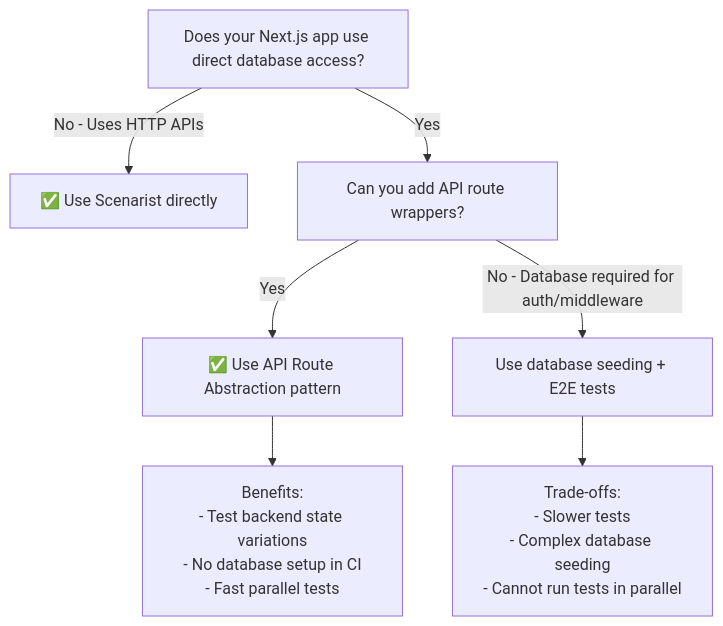
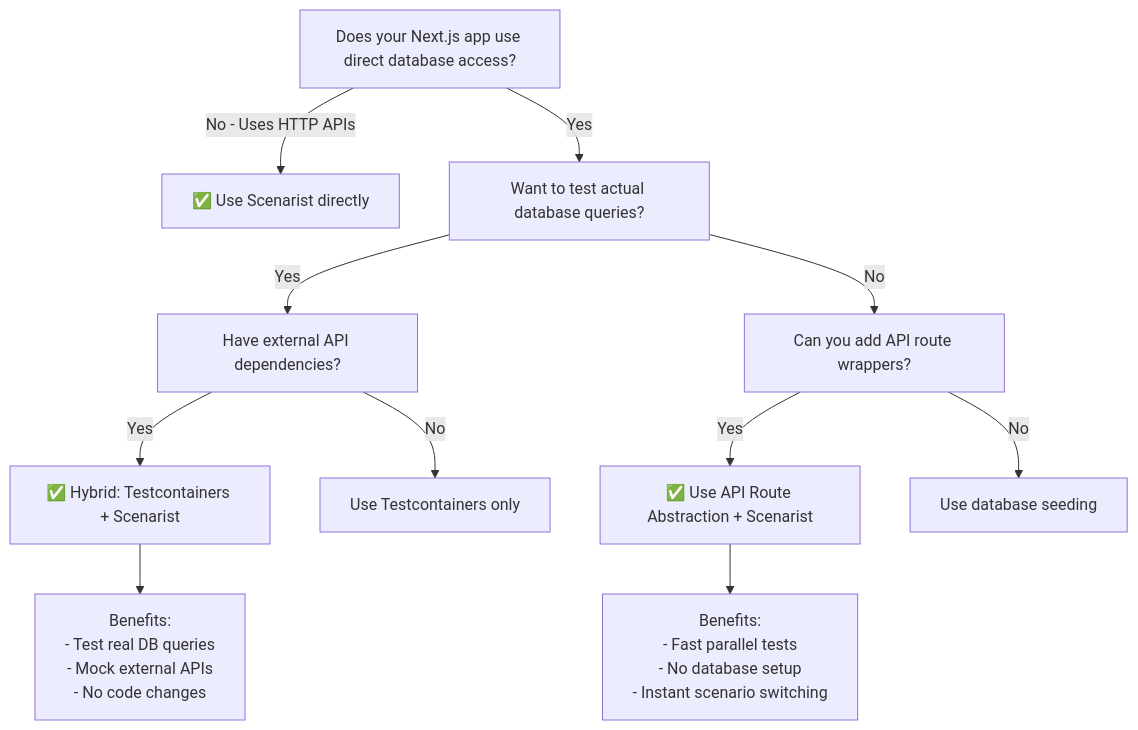
Before and after one commit to citypaul/scenarist: the diagram in apps/docs/src/content/docs/guides/testing-database-apps.mdx, drawn with Mermaid. The commit also changed other lines of this file and 1 other file, not shown here.

First line of the commit message:
docs: add hybrid testing approach (testcontainers + scenarist)

````diff
--- a/apps/docs/src/content/docs/guides/testing-database-apps.mdx
+++ b/apps/docs/src/content/docs/guides/testing-database-apps.mdx
@@ -171,10 +171,14 @@
 ```mermaid
 graph TD
     A[Does your Next.js app use direct database access?] -->|No - Uses HTTP APIs| B[✅ Use Scenarist directly]
-    A -->|Yes| C[Can you add API route wrappers?]
-    C -->|Yes| D[✅ Use API Route Abstraction pattern]
-    C -->|No - Database required for auth/middleware| E[Use database seeding + E2E tests]
+    A -->|Yes| C[Want to test actual database queries?]
+    C -->|Yes| D[Have external API dependencies?]
+    D -->|Yes| E[✅ Hybrid: Testcontainers + Scenarist]
+    D -->|No| F[Use Testcontainers only]
+    C -->|No| G[Can you add API route wrappers?]
+    G -->|Yes| H[✅ Use API Route Abstraction + Scenarist]
+    G -->|No| I[Use database seeding]
 
-    D --> F[Benefits:<br/>- Test backend state variations<br/>- No database setup in CI<br/>- Fast parallel tests]
-    E --> G[Trade-offs:<br/>- Slower tests<br/>- Complex database seeding<br/>- Cannot run tests in parallel]
+    E --> J[Benefits:<br/>- Test real DB queries<br/>- Mock external APIs<br/>- No code changes]
+    H --> K[Benefits:<br/>- Fast parallel tests<br/>- No database setup<br/>- Instant scenario switching]
 ```
````
